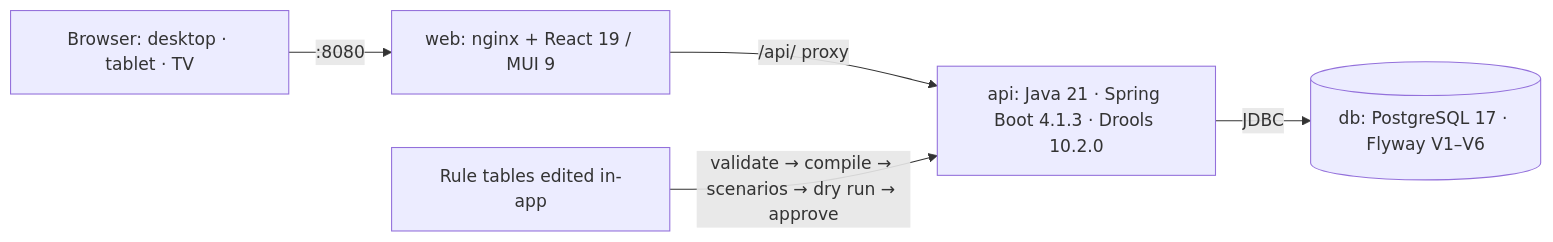
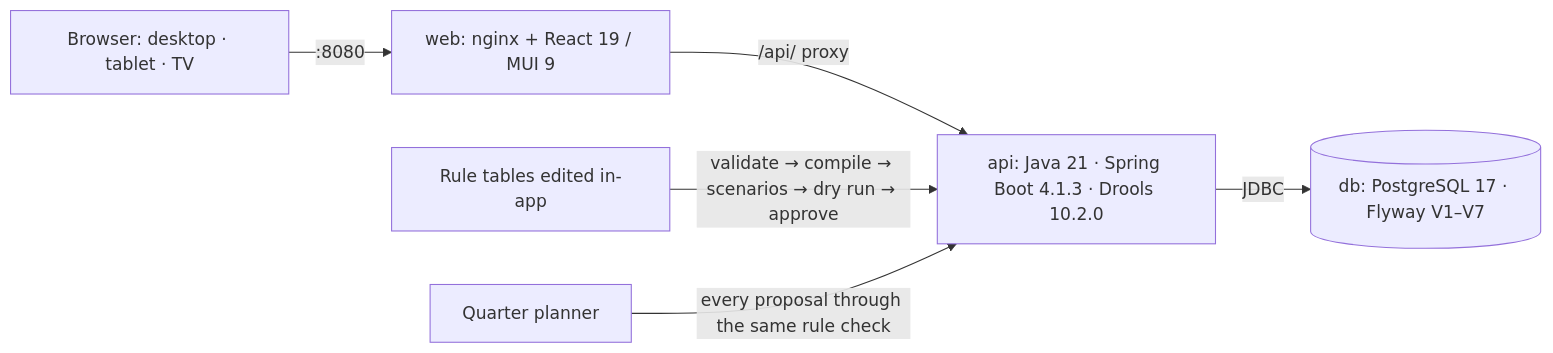
One commit to dmhdev01-cell/ShiftCircle changed the diagram in BUILD_RECORD.md. Above: the diagram before and after it, drawn with Mermaid. The commit also changed other lines of this file, not shown here.

````diff
--- a/BUILD_RECORD.md
+++ b/BUILD_RECORD.md
@@ -7,7 +7,8 @@
 ```mermaid
 flowchart LR
     B[Browser: desktop · tablet · TV] -->|:8080| W[web: nginx + React 19 / MUI 9]
     W -->|/api/ proxy| A[api: Java 21 · Spring Boot 4.1.3 · Drools 10.2.0]
-    A -->|JDBC| D[(db: PostgreSQL 17 · Flyway V1–V6)]
+    A -->|JDBC| D[(db: PostgreSQL 17 · Flyway V1–V7)]
     R[Rule tables edited in-app] -->|validate → compile → scenarios → dry run → approve| A
+    P[Quarter planner] -->|every proposal through the same rule check| A
 ```
````
